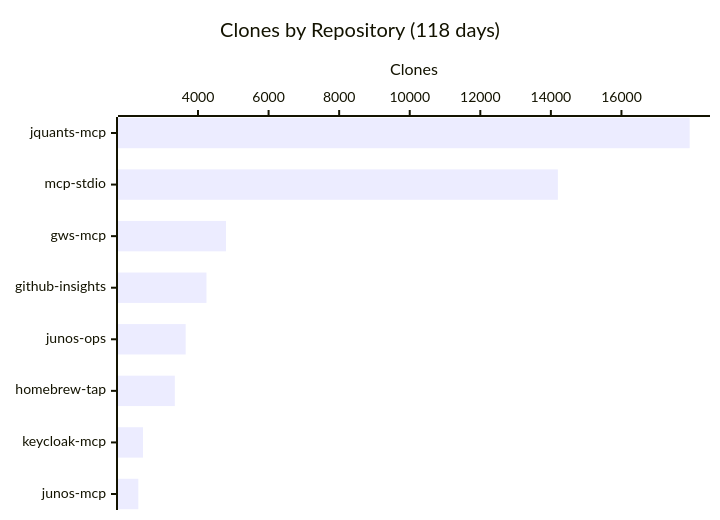
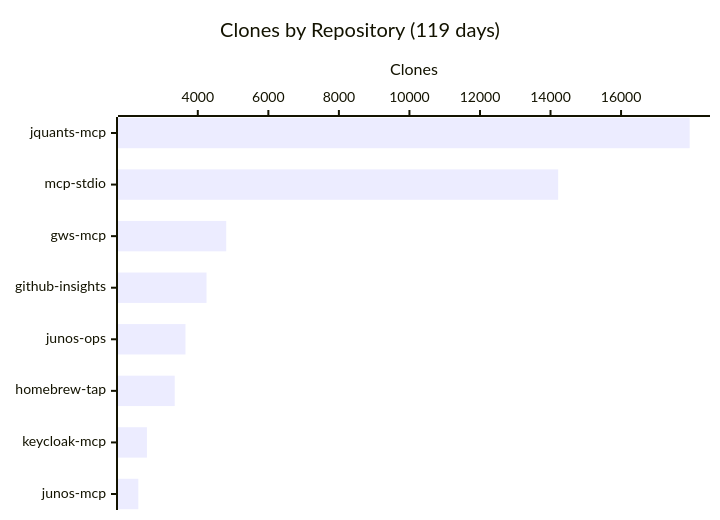
One commit to shigechika/github-insights changed the fourth of 4 diagrams in README.md. Above: the diagram before and after it, drawn with Mermaid. The commit also changed other lines of this file and 2 other files, not shown here.

````diff
--- a/README.md
+++ b/README.md
@@ -58,7 +58,7 @@
 ```mermaid
 xychart-beta horizontal
-    title "Clones by Repository (118 days)"
+    title "Clones by Repository (119 days)"
     x-axis ["jquants-mcp", "mcp-stdio", "gws-mcp", "github-insights", "junos-ops", "homebrew-tap", "keycloak-mcp", "junos-mcp"]
     y-axis "Clones"
-    bar [17934, 14198, 4794, 4240, 3650, 3343, 2441, 2308]
+    bar [17946, 14217, 4805, 4247, 3651, 3345, 2557, 2313]
 ```
````
